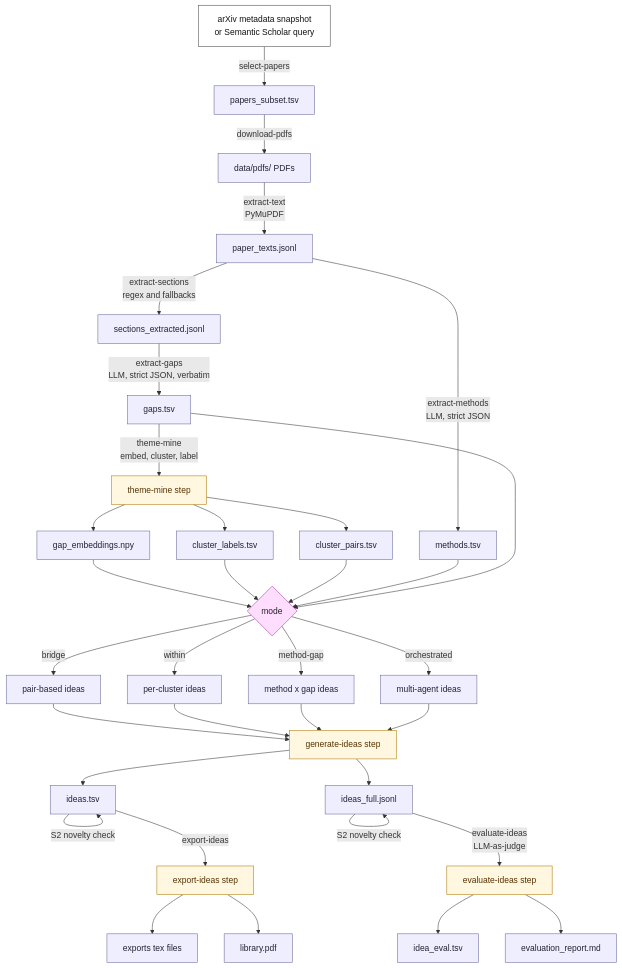
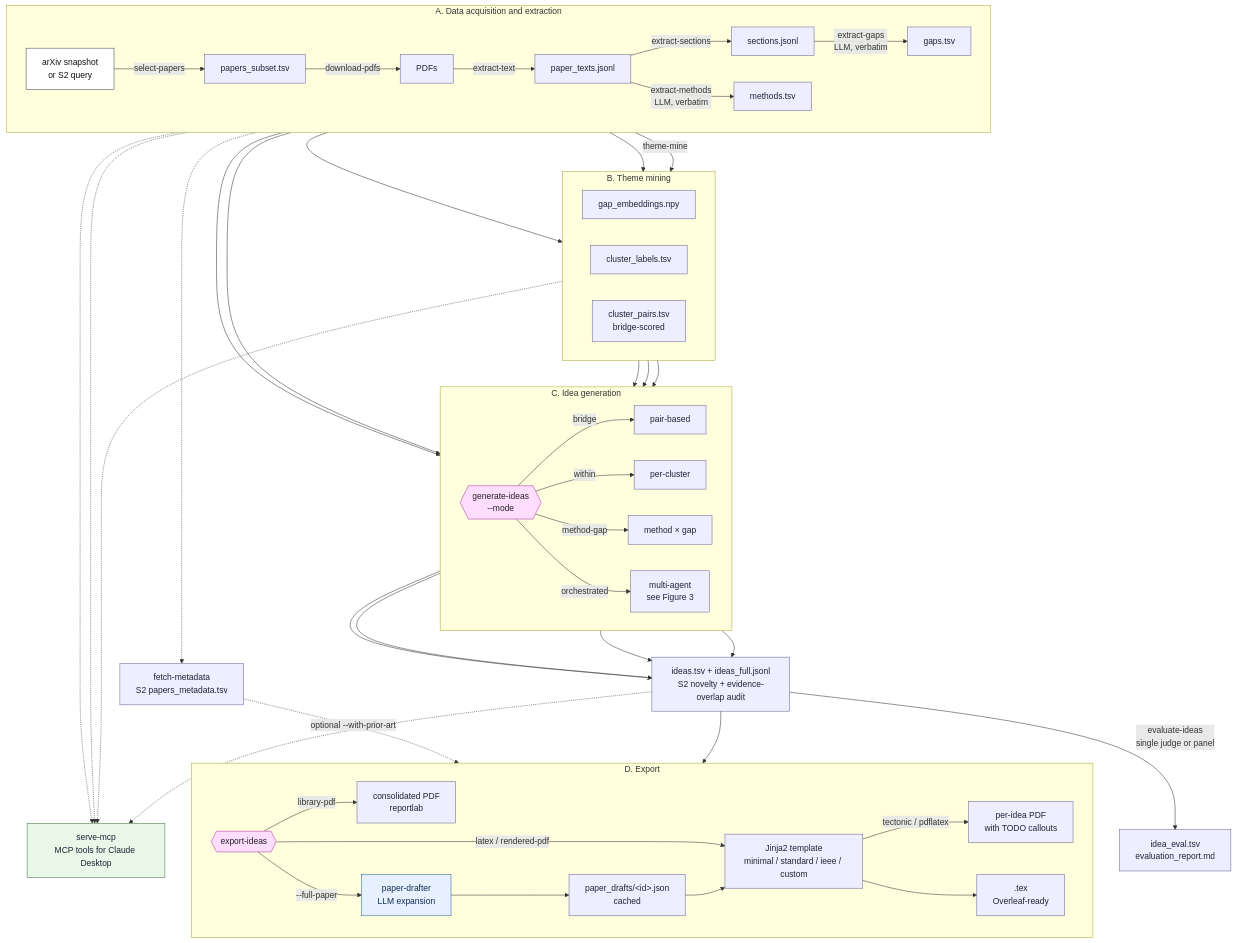
One commit to Yazangthb/Gap2Idea changed the diagram in docs/figures/pipeline.mmd. Above: the diagram before and after it, drawn with Mermaid. The commit also changed 168 other files, not shown here.

```diff
--- a/docs/figures/pipeline.mmd
+++ b/docs/figures/pipeline.mmd
@@ -1,54 +1,97 @@
 %% Gap2Idea — end-to-end pipeline (thesis Figure 1)
-%% Render: mmdc -i pipeline.mmd -o pipeline.pdf  (or paste into mermaid.live)
+%% Compact layout using subgraphs so it fits a standard thesis page.
 
-flowchart TD
-    A["arXiv metadata snapshot<br/>or Semantic Scholar query"] -->|"select-papers"| B["papers_subset.tsv"]
-    B -->|"download-pdfs"| C["data/pdfs/ PDFs"]
-    C -->|"extract-text<br/>PyMuPDF"| D["paper_texts.jsonl"]
-    D -->|"extract-sections<br/>regex and fallbacks"| E["sections_extracted.jsonl"]
-    D -->|"extract-methods<br/>LLM, strict JSON"| M["methods.tsv"]
-    E -->|"extract-gaps<br/>LLM, strict JSON, verbatim"| F["gaps.tsv"]
+flowchart TB
+    %% ============================================================
+    %% A. Acquisition  (corpus → text → sections → gaps + methods)
+    %% ============================================================
+    subgraph ACQ["A. Data acquisition and extraction"]
+        direction LR
+        A0["arXiv snapshot<br/>or S2 query"] -->|"select-papers"| A1["papers_subset.tsv"]
+        A1 -->|"download-pdfs"| A2["PDFs"]
+        A2 -->|"extract-text"| A3["paper_texts.jsonl"]
+        A3 -->|"extract-sections"| A4["sections.jsonl"]
+        A4 -->|"extract-gaps<br/>LLM, verbatim"| A5["gaps.tsv"]
+        A3 -->|"extract-methods<br/>LLM, verbatim"| A6["methods.tsv"]
+    end
 
-    F -->|"theme-mine<br/>embed, cluster, label"| TM["theme-mine step"]
-    TM --> G1["gap_embeddings.npy"]
-    TM --> G2["cluster_labels.tsv"]
-    TM --> G3["cluster_pairs.tsv"]
+    %% ============================================================
+    %% B. Theme mining  (embed → cluster → label → bridge)
+    %% ============================================================
+    subgraph TM["B. Theme mining"]
+        direction LR
+        A5 -->|"theme-mine"| B1["gap_embeddings.npy"]
+        A5 --> B2["cluster_labels.tsv"]
+        A5 --> B3["cluster_pairs.tsv<br/>bridge-scored"]
+    end
 
-    G1 --> H{"mode"}
-    G2 --> H
-    G3 --> H
-    M --> H
-    F --> H
+    %% ============================================================
+    %% C. Idea generation  (4 modes)
+    %% ============================================================
+    A5 --> H{{"generate-ideas<br/>--mode"}}
+    A6 --> H
+    B1 --> H
+    B2 --> H
+    B3 --> H
 
-    H -->|"bridge"| I1["pair-based ideas"]
-    H -->|"within"| I2["per-cluster ideas"]
-    H -->|"method-gap"| I3["method x gap ideas"]
-    H -->|"orchestrated"| I4["multi-agent ideas"]
+    subgraph GEN["C. Idea generation"]
+        direction LR
+        H -->|"bridge"| I1["pair-based"]
+        H -->|"within"| I2["per-cluster"]
+        H -->|"method-gap"| I3["method × gap"]
+        H -->|"orchestrated"| I4["multi-agent<br/>see Figure 3"]
+    end
 
-    I1 --> GI["generate-ideas step"]
-    I2 --> GI
-    I3 --> GI
-    I4 --> GI
+    I1 --> J1
+    I2 --> J1
+    I3 --> J1
+    I4 --> J1
 
-    GI --> J1["ideas.tsv"]
-    GI --> J2["ideas_full.jsonl"]
+    J1["ideas.tsv + ideas_full.jsonl<br/>S2 novelty + evidence-overlap audit"]
 
-    J1 -->|"S2 novelty check"| J1
-    J2 -->|"S2 novelty check"| J2
+    %% ============================================================
+    %% D. Evaluation
+    %% ============================================================
+    J1 -->|"evaluate-ideas<br/>single judge or panel"| K["idea_eval.tsv<br/>evaluation_report.md"]
 
-    J2 -->|"evaluate-ideas<br/>LLM-as-judge"| EV["evaluate-ideas step"]
-    EV --> K1["idea_eval.tsv"]
-    EV --> K2["evaluation_report.md"]
+    %% ============================================================
+    %% E. Export  (with paper-drafter branch)
+    %% ============================================================
+    J1 --> EX{{"export-ideas"}}
 
-    J1 -->|"export-ideas"| EX["export-ideas step"]
-    EX --> L1["exports tex files"]
-    EX --> L2["library.pdf"]
+    subgraph EXPORT["D. Export"]
+        direction LR
+        EX -->|"library-pdf"| L1["consolidated PDF<br/>reportlab"]
+        EX -->|"latex / rendered-pdf"| TPL["Jinja2 template<br/>minimal / standard / ieee / custom"]
+        EX -->|"--full-paper"| PD["paper-drafter<br/>LLM expansion"]
+        PD --> PDC["paper_drafts/&lt;id&gt;.json<br/>cached"]
+        PDC --> TPL
+        TPL -->|"tectonic / pdflatex"| L2["per-idea PDF<br/>with TODO callouts"]
+        TPL --> L3[".tex<br/>Overleaf-ready"]
+    end
 
+    A5 -.-> FM["fetch-metadata<br/>S2 papers_metadata.tsv"]
+    FM -.->|"optional --with-prior-art"| PD
+
+    %% ============================================================
+    %% F. MCP server  (alternative read entry point)
+    %% ============================================================
+    J1 -.-> MCP["serve-mcp<br/>MCP tools for Claude Desktop"]
+    A5 -.-> MCP
+    B2 -.-> MCP
+    A6 -.-> MCP
+
+    %% ============================================================
+    %% Styling
+    %% ============================================================
     classDef artifact fill:#eef,stroke:#669,color:#223;
     classDef stage fill:#fff,stroke:#444,color:#111;
-    classDef step fill:#fff7e0,stroke:#aa7700,color:#553300;
     classDef decision fill:#fdf,stroke:#a3a,color:#222;
-    class B,C,D,E,F,M,G1,G2,G3,I1,I2,I3,I4,J1,J2,K1,K2,L1,L2 artifact;
-    class A stage;
-    class TM,GI,EV,EX step;
-    class H decision;
+    classDef llm fill:#e7f0ff,stroke:#2b5fa6,color:#0e2c52;
+    classDef iface fill:#e9f7e9,stroke:#487048,color:#223;
+
+    class A1,A2,A3,A4,A5,A6,B1,B2,B3,I1,I2,I3,I4,J1,K,L1,L2,L3,PDC,TPL,FM artifact;
+    class A0 stage;
+    class H,EX decision;
+    class PD llm;
+    class MCP iface;
```
